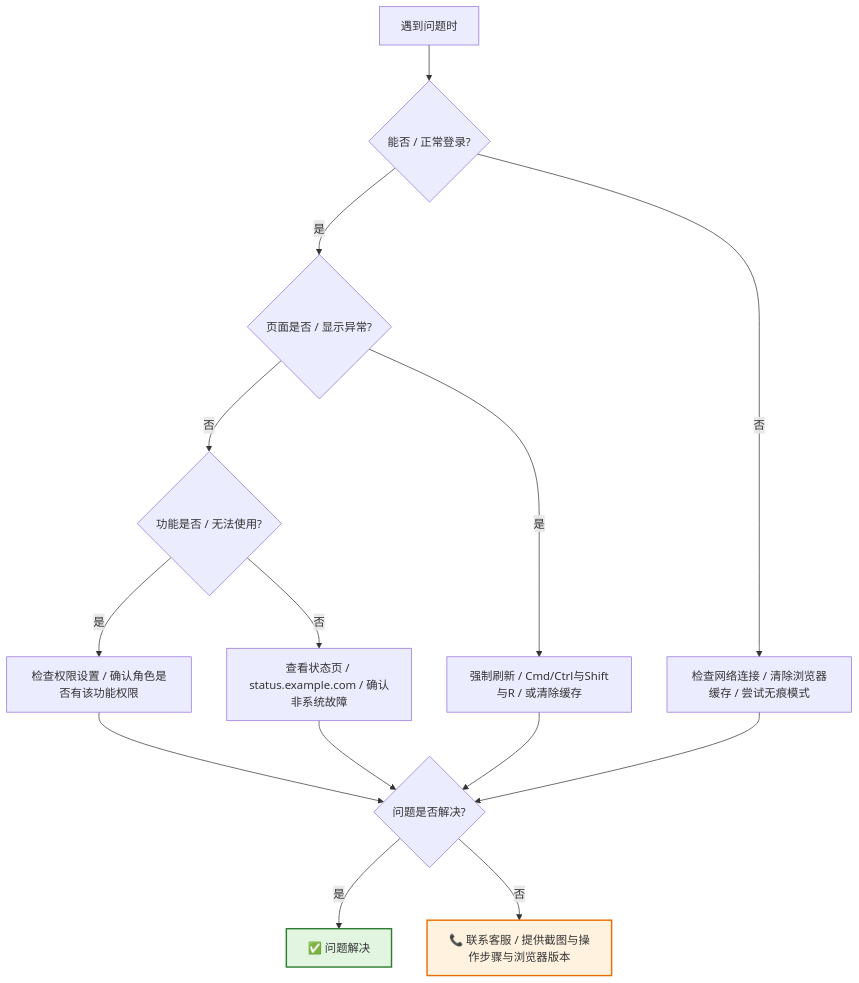
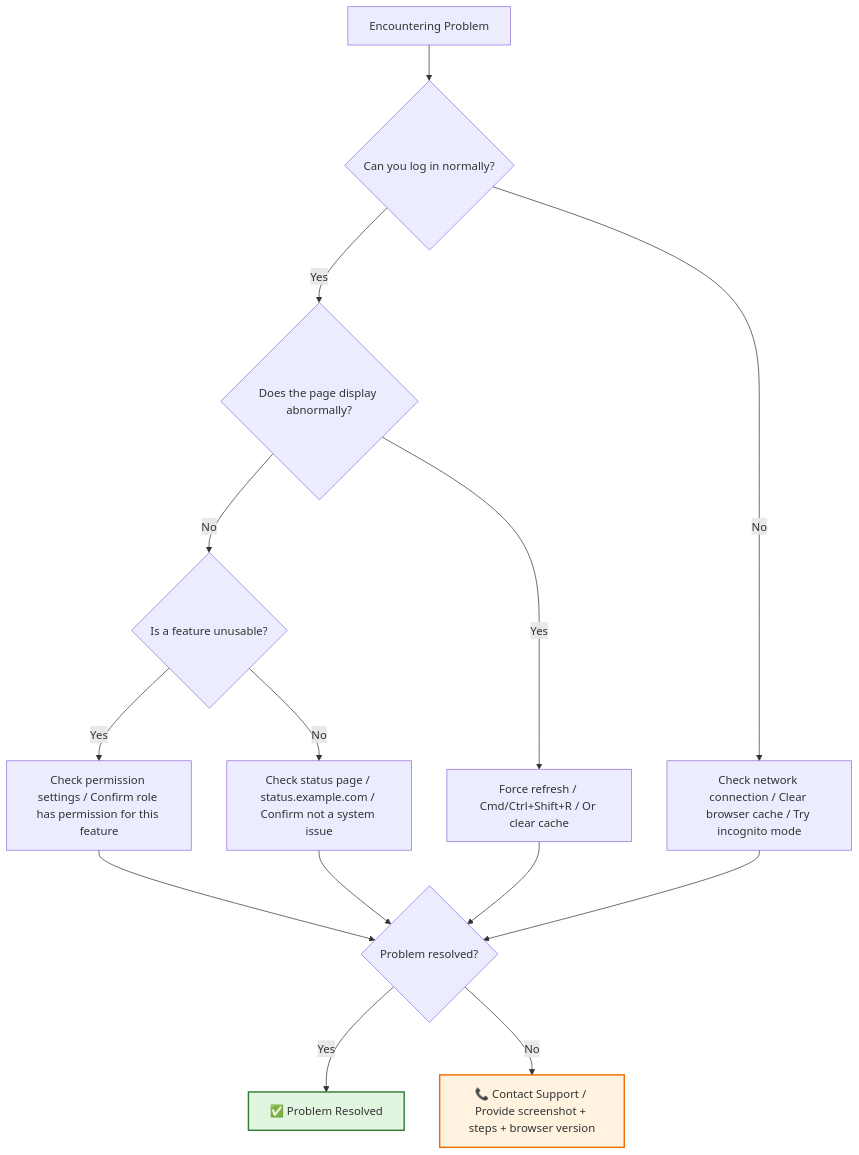
Before and after one commit to Kirky-X/cangjie: the seventh of 7 diagrams in templates/产品/运营层/【模板】用户手册.md, drawn with Mermaid. The commit also changed other lines of this file and 60 other files, not shown here.

````diff
--- a/templates/产品/运营层/【模板】用户手册.md
+++ b/templates/产品/运营层/【模板】用户手册.md
@@ -464,19 +464,19 @@
 ```mermaid
 flowchart TD
-    A[遇到问题时] --> B{能否 / 正常登录?}
-    B -->|否| C[检查网络连接 / 清除浏览器缓存 / 尝试无痕模式]
-    B -->|是| D{页面是否 / 显示异常?}
-    D -->|是| E[强制刷新 / Cmd/Ctrl与Shift与R / 或清除缓存]
-    D -->|否| F{功能是否 / 无法使用?}
-    F -->|是| G[检查权限设置 / 确认角色是否有该功能权限]
-    F -->|否| H[查看状态页 / status.example.com / 确认非系统故障]
-    G --> I{问题是否解决?}
+    A[Encountering Problem] --> B{Can you log in normally?}
+    B -->|No| C[Check network connection / Clear browser cache / Try incognito mode]
+    B -->|Yes| D{Does the page display abnormally?}
+    D -->|Yes| E[Force refresh / Cmd/Ctrl+Shift+R / Or clear cache]
+    D -->|No| F{Is a feature unusable?}
+    F -->|Yes| G[Check permission settings / Confirm role has permission for this feature]
+    F -->|No| H[Check status page / status.example.com / Confirm not a system issue]
+    G --> I{Problem resolved?}
     H --> I
     E --> I
     C --> I
-    I -->|是| J[✅ 问题解决]
-    I -->|否| K[📞 联系客服 / 提供截图与操作步骤与浏览器版本]
+    I -->|Yes| J[✅ Problem Resolved]
+    I -->|No| K[📞 Contact Support / Provide screenshot + steps + browser version]
 
     style J fill:#e1f5e1,stroke:#2e7d32,stroke-width:2px
     style K fill:#fff3e0,stroke:#ef6c00,stroke-width:2px
 ```
````
